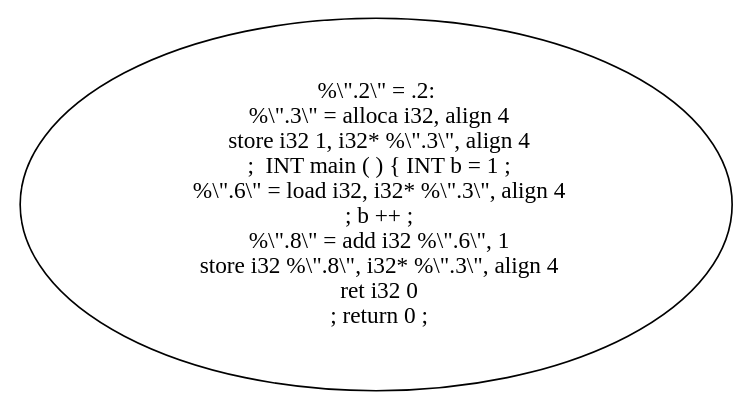
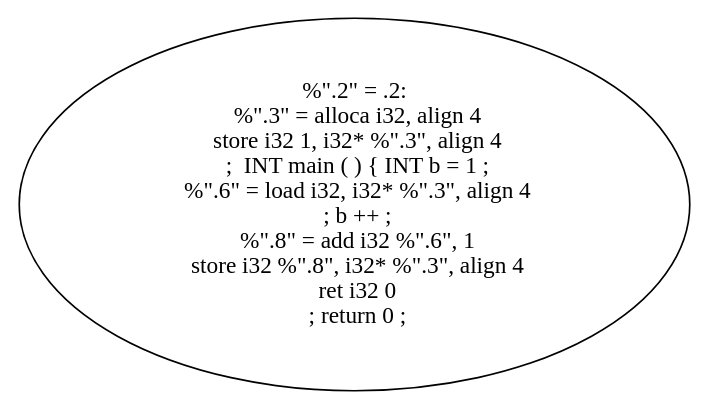
One commit to Are-you-listening/Compilers changed the diagram in example_source_files/17_increment_decrement/17_increment_decrement_cfg_main.dot. Above: the diagram before and after it, drawn with Graphviz. The commit also changed 278 other files, not shown here.

```diff
--- a/example_source_files/17_increment_decrement/17_increment_decrement_cfg_main.dot
+++ b/example_source_files/17_increment_decrement/17_increment_decrement_cfg_main.dot
@@ -1,12 +1,12 @@
 digraph AST {
-  "126527934829360" [label="%\\\".2\\\" = .2:
-  %\\\".3\\\" = alloca i32, align 4
-  store i32 1, i32* %\\\".3\\\", align 4
+  "139300269980400" [label="%\".2\" = .2:
+  %\".3\" = alloca i32, align 4
+  store i32 1, i32* %\".3\", align 4
   ;  INT main ( ) { INT b = 1 ;
-  %\\\".6\\\" = load i32, i32* %\\\".3\\\", align 4
+  %\".6\" = load i32, i32* %\".3\", align 4
   ; b ++ ;
-  %\\\".8\\\" = add i32 %\\\".6\\\", 1
-  store i32 %\\\".8\\\", i32* %\\\".3\\\", align 4
+  %\".8\" = add i32 %\".6\", 1
+  store i32 %\".8\", i32* %\".3\", align 4
   ret i32 0
   ; return 0 ;"];
 }
```
